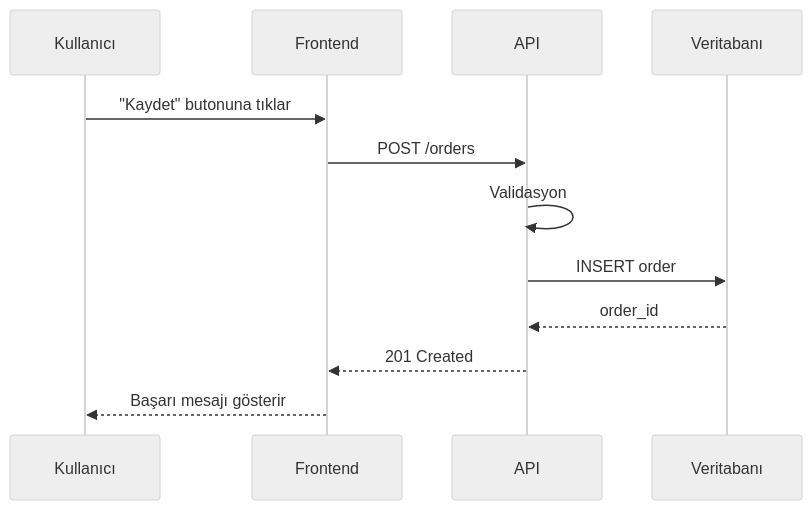
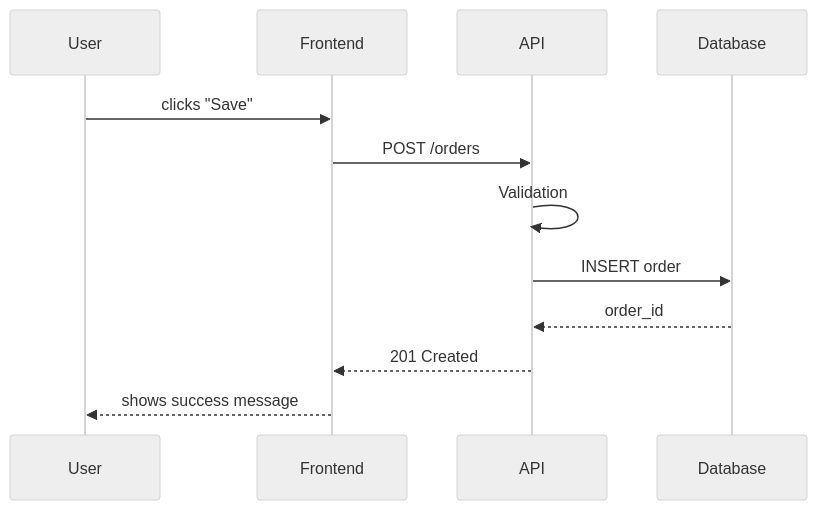
Before and after one commit to alialtunar/agent-skills: the second of 3 diagrams in skills/codebase-explainer/references/diagram-guide.md, drawn with Mermaid (neutral theme). The commit also changed other lines of this file and 3 other files, not shown here.

````diff
--- a/skills/codebase-explainer/references/diagram-guide.md
+++ b/skills/codebase-explainer/references/diagram-guide.md
@@ -37,15 +37,15 @@
 ```mermaid
 sequenceDiagram
-    participant U as Kullanıcı
+    participant U as User
     participant F as Frontend
     participant A as API
-    participant D as Veritabanı
+    participant D as Database
 
-    U->>F: "Kaydet" butonuna tıklar
+    U->>F: clicks "Save"
     F->>A: POST /orders
-    A->>A: Validasyon
+    A->>A: Validation
     A->>D: INSERT order
     D-->>A: order_id
     A-->>F: 201 Created
-    F-->>U: Başarı mesajı gösterir
+    F-->>U: shows success message
 ```
````
